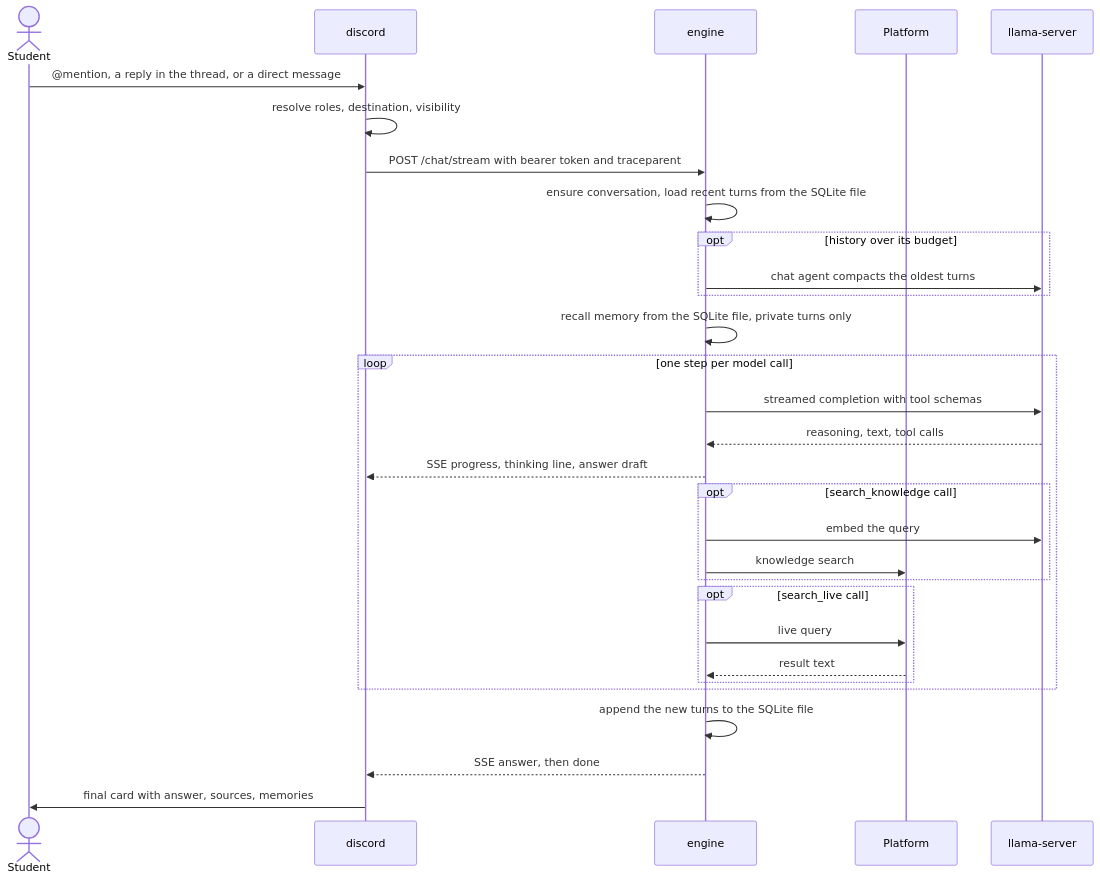
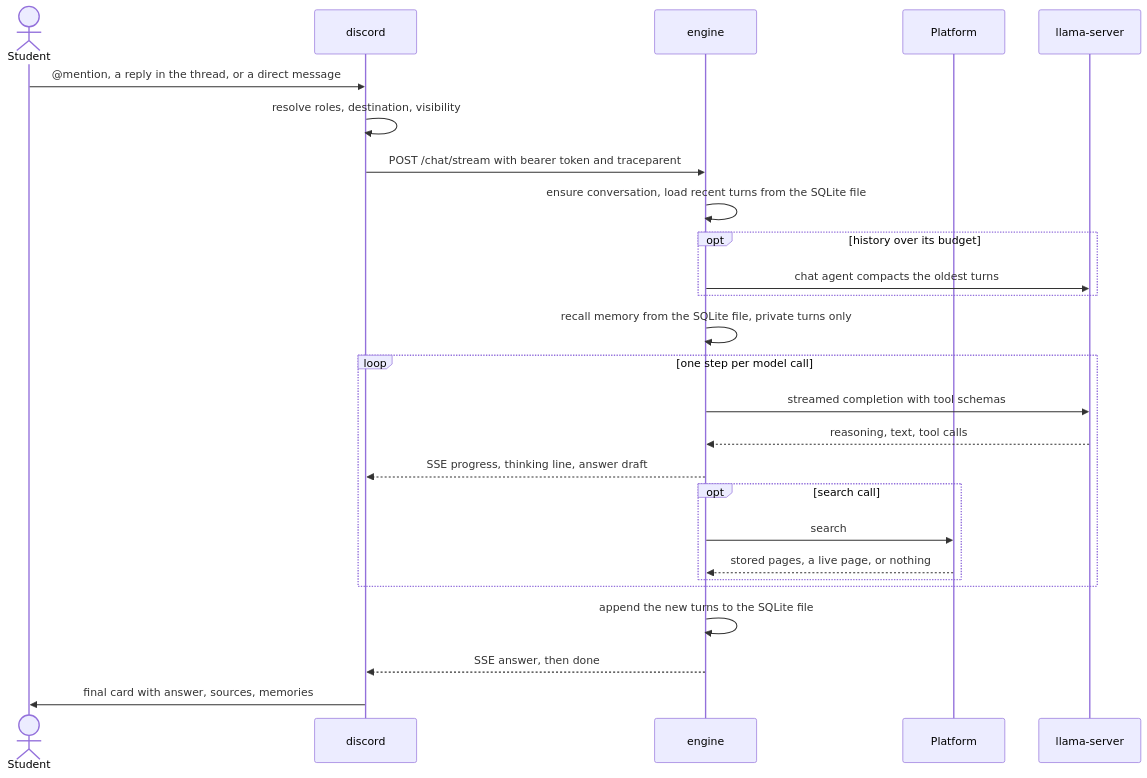
Before and after one commit to theaisocietyasu/sparky: the third of 10 diagrams in docs/ARCHITECTURE.md, drawn with Mermaid. The commit also changed other lines of this file and 92 other files, not shown here.

````diff
--- a/docs/ARCHITECTURE.md
+++ b/docs/ARCHITECTURE.md
@@ -288,33 +266,29 @@
 ```mermaid
 sequenceDiagram
     actor U as Student
     participant B as discord
     participant E as engine
     participant P as Platform
     participant M as llama-server
 
     U->>B: @mention, a reply in the thread, or a direct message
     B->>B: resolve roles, destination, visibility
     B->>E: POST /chat/stream with bearer token and traceparent
     E->>E: ensure conversation, load recent turns from the SQLite file
     opt history over its budget
         E->>M: chat agent compacts the oldest turns
     end
     E->>E: recall memory from the SQLite file, private turns only
     loop one step per model call
         E->>M: streamed completion with tool schemas
         M-->>E: reasoning, text, tool calls
         E-->>B: SSE progress, thinking line, answer draft
-        opt search_knowledge call
-            E->>M: embed the query
-            E->>P: knowledge search
-        end
-        opt search_live call
-            E->>P: live query
-            P-->>E: result text
+        opt search call
+            E->>P: search
+            P-->>E: stored pages, a live page, or nothing
         end
     end
     E->>E: append the new turns to the SQLite file
     E-->>B: SSE answer, then done
     B->>U: final card with answer, sources, memories
 ```
````
